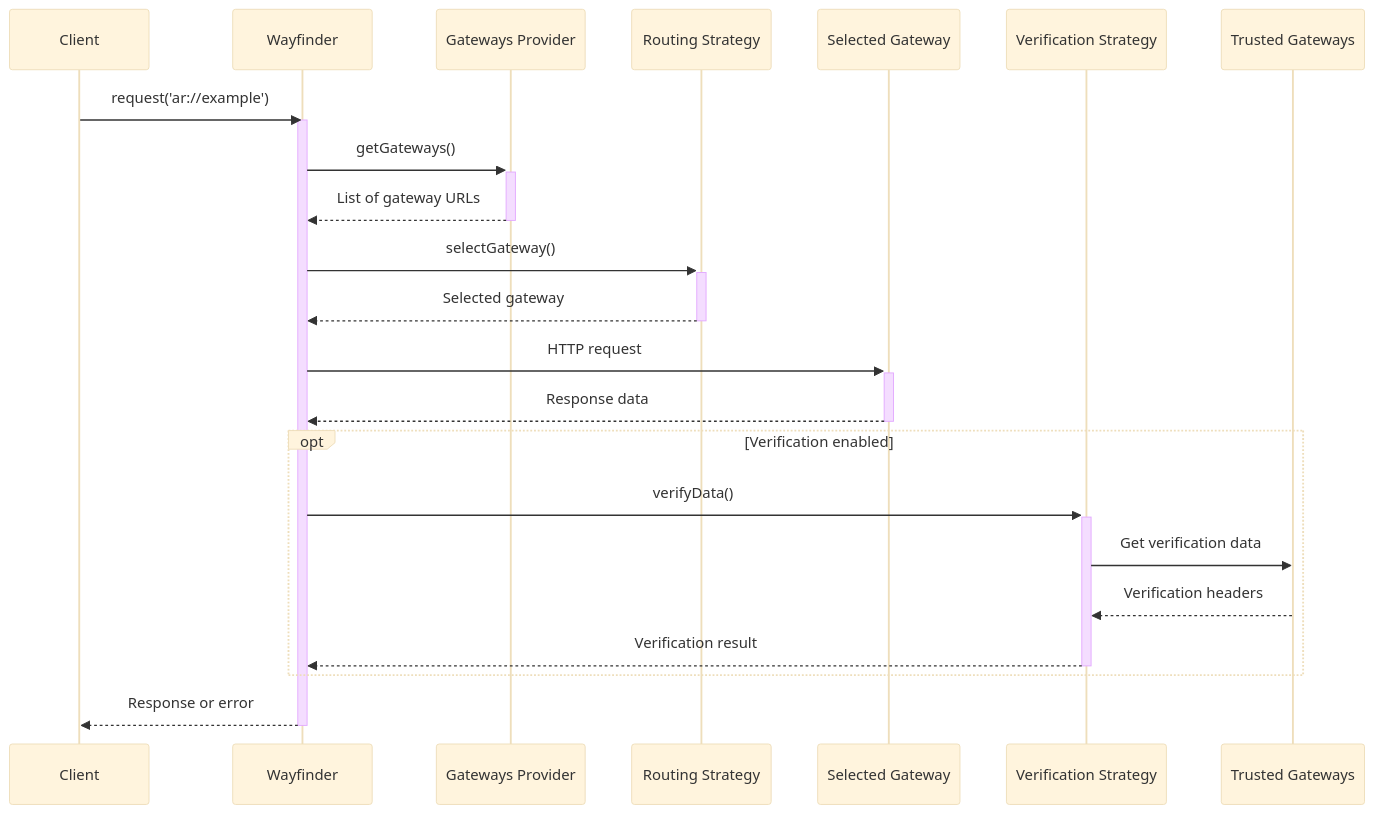
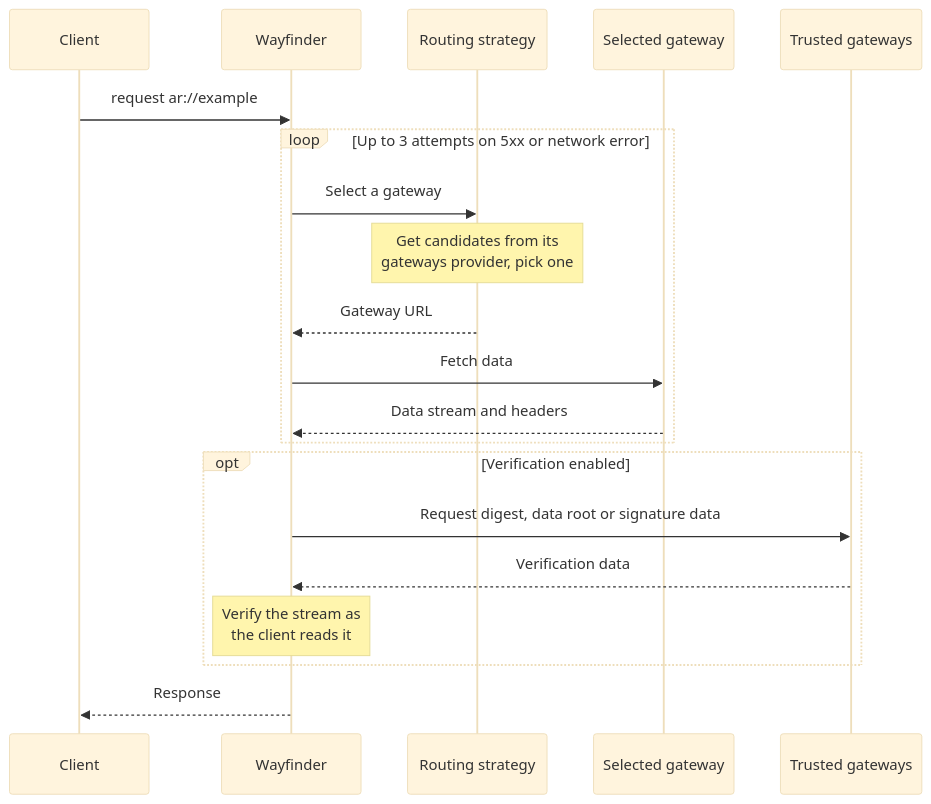
The diagram in packages/wayfinder-core/README.md (ar-io/wayfinder), drawn with Mermaid (base theme) before and after one commit. The commit also changed other lines of this file, not shown here.

First line of the commit message:
docs(core): accurate request-flow and chunk-retrieval descriptions (#261)

````diff
--- a/packages/wayfinder-core/README.md
+++ b/packages/wayfinder-core/README.md
@@ -779,32 +739,26 @@
 ```mermaid
 sequenceDiagram
+    accTitle: Wayfinder routes each request, retries on failure, and can verify the response
+    accDescr: The client passes an ar URL to Wayfinder. Wayfinder asks the routing strategy for a gateway, and the routing strategy gets its candidates from its own gateways provider. Wayfinder fetches the data from the selected gateway and selects again after a 5xx response or network error, up to 3 attempts. If verification is enabled, the verification strategy checks the stream against data from trusted gateways as the client reads it.
+
     participant Client
     participant Wayfinder
-    participant Gateways Provider
-    participant Routing Strategy
-    participant Selected Gateway
-    participant Verification Strategy
-    participant Trusted Gateways
+    participant Routing as Routing strategy
+    participant Gateway as Selected gateway
+    participant Trusted as Trusted gateways
 
-    Client->>Wayfinder: request('ar://example')
-    activate Wayfinder
-
-    Wayfinder->>+Gateways Provider: getGateways()
-    Gateways Provider-->>-Wayfinder: List of gateway URLs
-
-    Wayfinder->>+Routing Strategy: selectGateway()
-    Routing Strategy-->>-Wayfinder: Selected gateway
-
-    Wayfinder->>+Selected Gateway: HTTP request
-    Selected Gateway-->>-Wayfinder: Response data
-
+    Client->>Wayfinder: request ar://example
+    loop Up to 3 attempts on 5xx or network error
+        Wayfinder->>Routing: Select a gateway
+        Note over Routing: Get candidates from its<br/>gateways provider, pick one
+        Routing-->>Wayfinder: Gateway URL
+        Wayfinder->>Gateway: Fetch data
+        Gateway-->>Wayfinder: Data stream and headers
+    end
     opt Verification enabled
-        Wayfinder->>+Verification Strategy: verifyData()
-        Verification Strategy->>Trusted Gateways: Get verification data
-        Trusted Gateways-->>Verification Strategy: Verification headers
-        Verification Strategy-->>-Wayfinder: Verification result
+        Wayfinder->>Trusted: Request digest, data root or signature data
+        Trusted-->>Wayfinder: Verification data
+        Note over Wayfinder: Verify the stream as<br/>the client reads it
     end
-
-    Wayfinder-->>Client: Response or error
-    deactivate Wayfinder
+    Wayfinder-->>Client: Response
 ```
````
